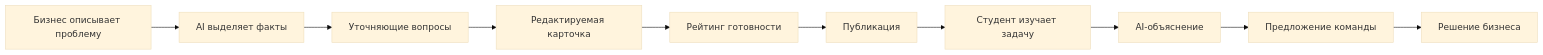
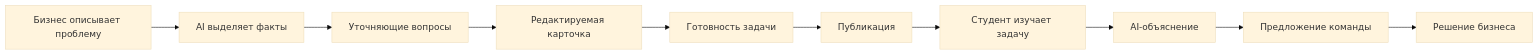
One commit to BAITC-Hacks/hack-055deb5f-diligence changed the first of 2 diagrams in README.md. Above: the diagram before and after it, drawn with Mermaid (base theme). The commit also changed other lines of this file and 6 other files, not shown here.

````diff
--- a/README.md
+++ b/README.md
@@ -44,12 +44,12 @@
 ```mermaid
 flowchart LR
     A[Бизнес описывает проблему] --> B[AI выделяет факты]
     B --> C[Уточняющие вопросы]
     C --> D[Редактируемая карточка]
-    D --> E[Рейтинг готовности]
+    D --> E[Готовность задачи]
     E --> F[Публикация]
     F --> G[Студент изучает задачу]
     G --> H[AI-объяснение]
     H --> I[Предложение команды]
     I --> J[Решение бизнеса]
 ```
````
